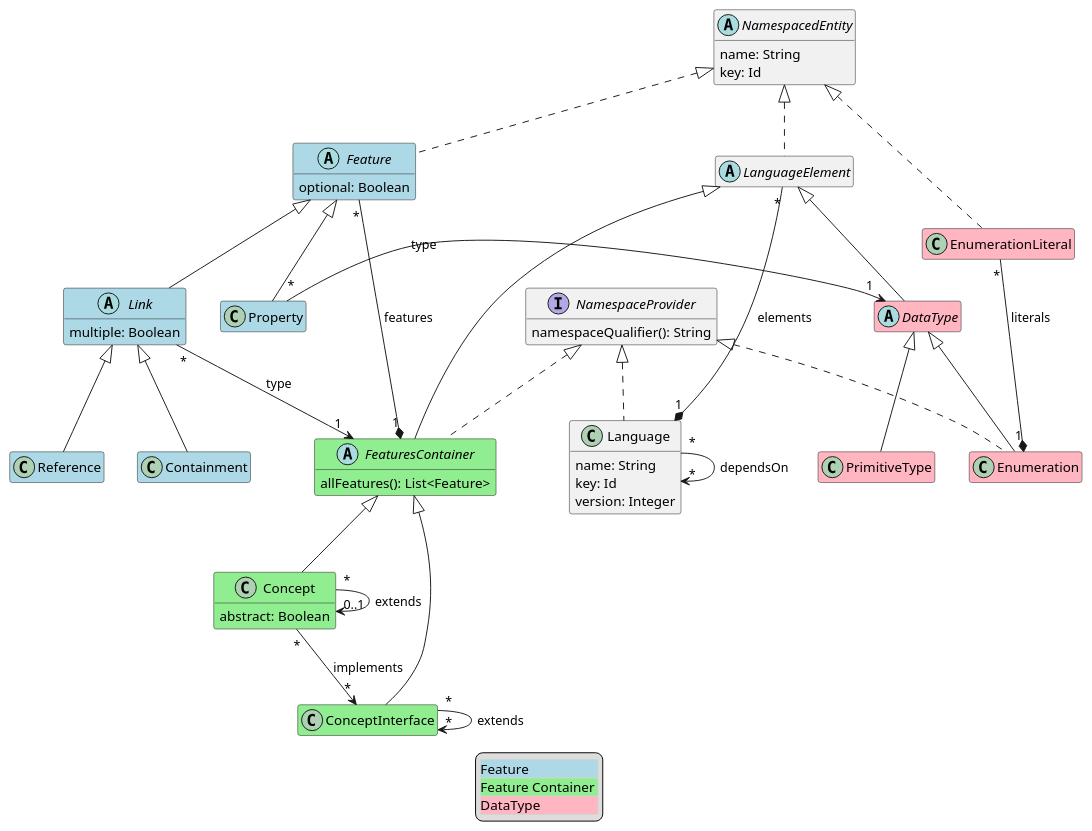
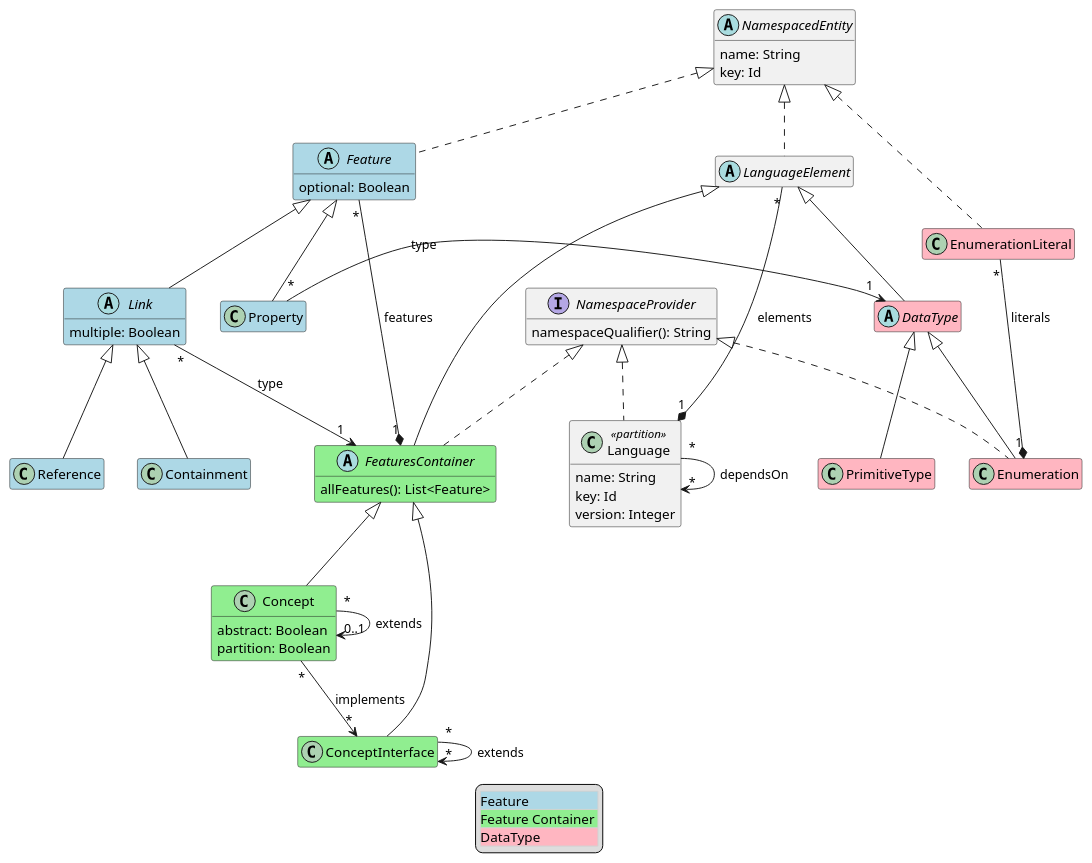
One commit to LionWeb-io/specification changed the diagram in lioncore/metametamodel.puml. Above: the diagram before and after it, drawn with PlantUML. The commit also changed 2 other files, not shown here.

Commit message:
adjusted M3 docs for partition concept (#29)

```diff
--- a/lioncore/metametamodel.puml
+++ b/lioncore/metametamodel.puml
@@ -1,76 +1,77 @@
 @startuml
 hide empty members
 
 class Concept #LightGreen extends FeaturesContainer {
   abstract: Boolean
+  partition: Boolean
 }
 
 class ConceptInterface #LightGreen extends FeaturesContainer
 
 class Containment #LightBlue extends Link
 
 abstract class DataType #LightPink extends LanguageElement
 
 class Enumeration #LightPink extends DataType implements NamespaceProvider
 
 class EnumerationLiteral #LightPink implements NamespacedEntity
 
 abstract class Feature #LightBlue implements NamespacedEntity {
   optional: Boolean
 }
 
 abstract class FeaturesContainer #LightGreen extends LanguageElement implements NamespaceProvider {
   allFeatures(): List<Feature>
 }
 
 abstract class Link #LightBlue extends Feature {
   multiple: Boolean
 }
 
-class Language implements NamespaceProvider {
+class Language <<partition>> implements NamespaceProvider {
   name: String
   key: Id
   version: Integer
 }
 
 abstract class LanguageElement implements NamespacedEntity
 
 abstract class NamespacedEntity {
   name: String
   key: Id
 }
 
 interface NamespaceProvider {
   namespaceQualifier(): String
 }
 
 class PrimitiveType #LightPink extends DataType
 
 class Property #LightBlue extends Feature
 
 class Reference #LightBlue extends Link
 
 ' relations:
 
 Concept "*" -> "0..1" Concept: extends
 Concept "*" --> "*" ConceptInterface: implements
 
 ConceptInterface "*" --> "*" ConceptInterface: extends
 
 EnumerationLiteral "*" -* "1" Enumeration : literals
 
 Feature "*" -* "1" FeaturesContainer: features
 
 Link "*" --> "1" FeaturesContainer: type
 
 Language "*" --> "*" Language: dependsOn
 LanguageElement "*" -* "1" Language: elements
 
 Property "*" -> "1" DataType: type
 
 legend
   <#LightGray,#LightGray>| <#LightBlue>Feature |
   | <#LightGreen>Feature Container |
   | <#LightPink>DataType |
 end legend
 @enduml
```
